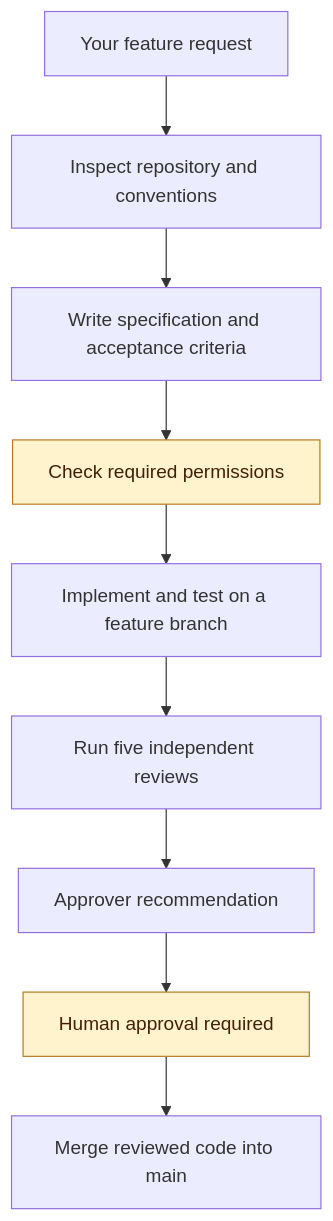
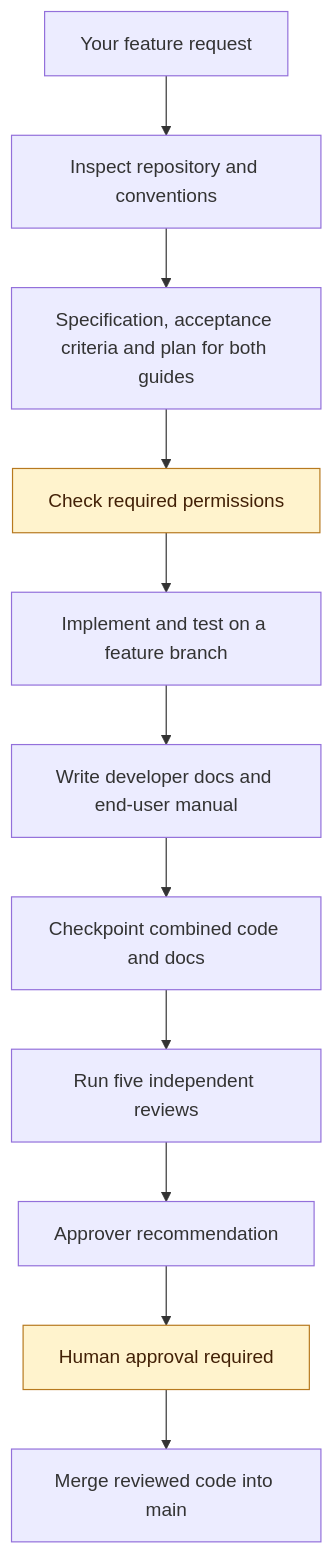
Before and after one commit to faiqfarooq/software-factory: the first of 4 diagrams in claude-only/docs/GUIDE.md, drawn with Mermaid. The commit also changed other lines of this file and 13 other files, not shown here.

````diff
--- a/claude-only/docs/GUIDE.md
+++ b/claude-only/docs/GUIDE.md
@@ -33,14 +72,16 @@
 ```mermaid
 flowchart TD
     Feature["Your feature request"] --> Inspect["Inspect repository and conventions"]
-    Inspect --> Spec["Write specification and acceptance criteria"]
+    Inspect --> Spec["Specification, acceptance criteria and plan for both guides"]
     Spec --> Permission["Check required permissions"]
     Permission --> Build["Implement and test on a feature branch"]
-    Build --> Review["Run five independent reviews"]
+    Build --> Docs["Write developer docs and end-user manual"]
+    Docs --> Checkpoint["Checkpoint combined code and docs"]
+    Checkpoint --> Review["Run five independent reviews"]
     Review --> Decision["Approver recommendation"]
     Decision --> Human["Human approval required"]
     Human --> Merge["Merge reviewed code into main"]
 
     classDef human fill:#fff3cd,stroke:#b7791f,color:#422006;
     class Permission,Human human;
 ```
````
